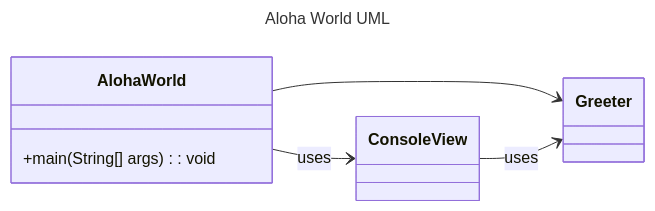
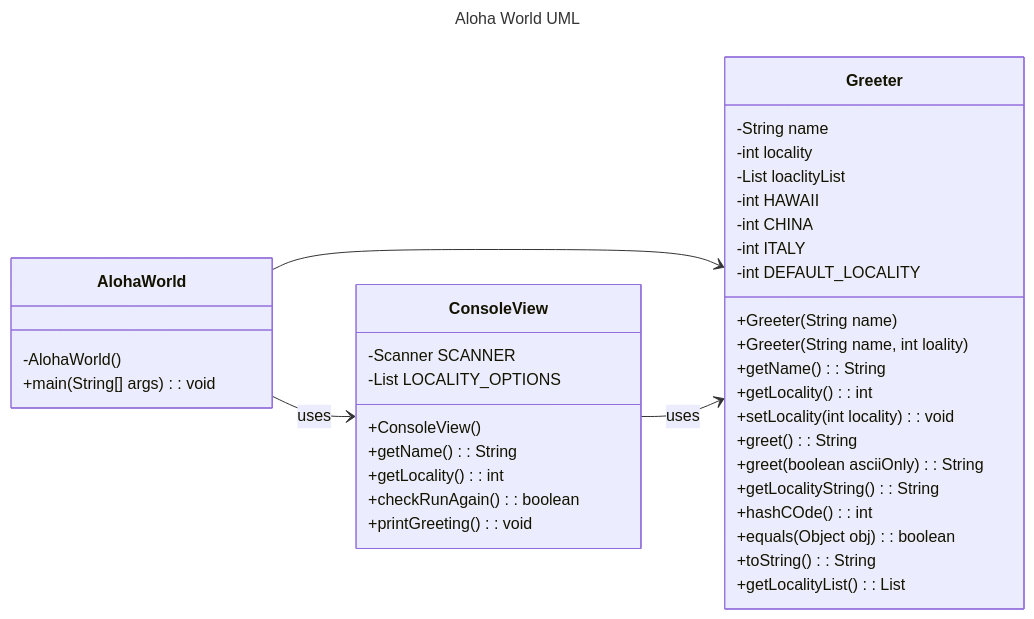
The diagram in Report.md (5004-SEA-Fa24-Geeng/hello-world-lietcooper), drawn with Mermaid before and after one commit.

Commit message:
finished UML

````diff
--- a/Report.md
+++ b/Report.md
@@ -10,16 +10,45 @@
 ```mermaid
 ---
 title: Aloha World UML
 ---
 classDiagram
     direction LR
     AlohaWorld --> Greeter
     AlohaWorld --> ConsoleView: uses
     ConsoleView --> Greeter: uses
     class AlohaWorld {
+        -AlohaWorld()
         +main(String[] args): void
     }
     class ConsoleView {
+        -Scanner SCANNER
+        -List<String> LOCALITY_OPTIONS
+        +ConsoleView()
+        +getName(): String
+        +getLocality(): int
+        +checkRunAgain(): boolean
+        +printGreeting(): void
+    }
+    class Greeter {
+        -String name
+        -int locality
+        -List<String> loaclityList
+        -int HAWAII
+        -int CHINA
+        -int ITALY
+        -int DEFAULT_LOCALITY
+        +Greeter(String name)
+        +Greeter(String name, int loality)
+        +getName(): String
+        +getLocality(): int
+        +setLocality(int locality): void
+        +greet(): String
+        +greet(boolean asciiOnly): String
+        +getLocalityString(): String
+        +hashCOde(): int
+        +equals(Object obj): boolean
+        +toString(): String
+        +getLocalityList(): List<String>
         
     }
 ```
````
